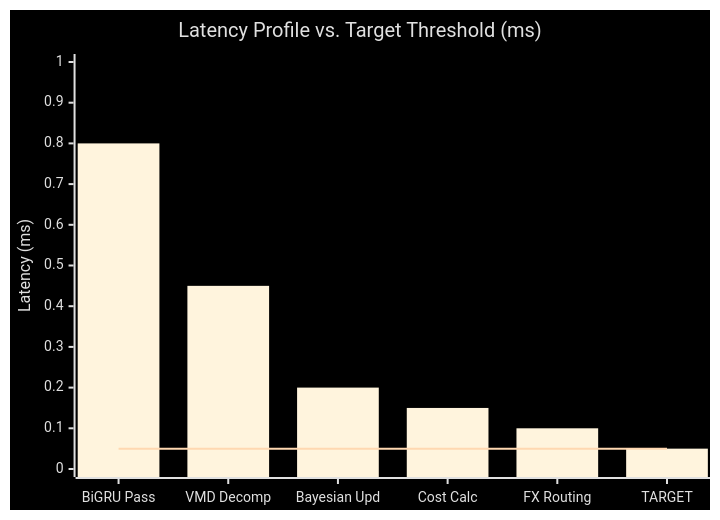
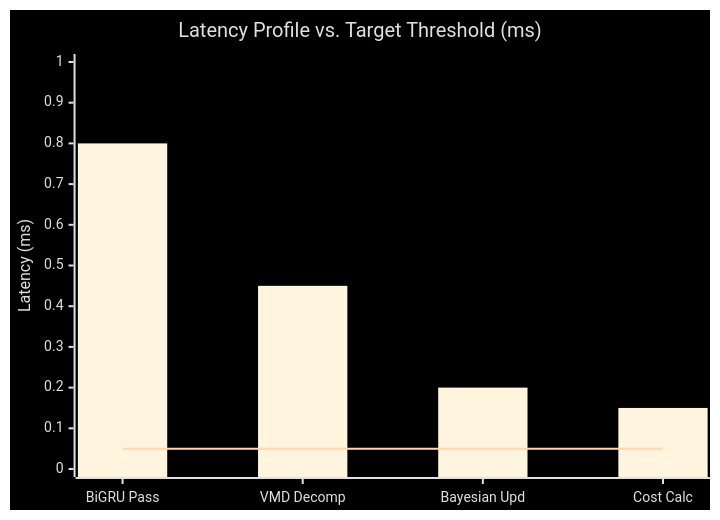
One commit to new-vector/Aegis changed the third of 5 diagrams in README.md. Above: the diagram before and after it, drawn with Mermaid. The commit also changed other lines of this file, not shown here.

````diff
--- a/README.md
+++ b/README.md
@@ -142,9 +128,9 @@
 ```mermaid
 %%{init: {"theme": "base", "themeVariables": {"primaryColor": "#1a1a1a", "primaryTextColor": "#e0e0e0", "primaryBorderColor": "#555555", "lineColor": "#777777", "background": "#000000"}} }%%
 xychart-beta
     title "Latency Profile vs. Target Threshold (ms)"
-    x-axis ["BiGRU Pass", "VMD Decomp", "Bayesian Upd", "Cost Calc", "FX Routing", "TARGET"]
+    x-axis ["BiGRU Pass", "VMD Decomp", "Bayesian Upd", "Cost Calc"]
     y-axis "Latency (ms)" 0 --> 1.0
-    bar [0.80, 0.45, 0.20, 0.15, 0.10, 0.05]
-    line [0.05, 0.05, 0.05, 0.05, 0.05, 0.05]
+    bar [0.80, 0.45, 0.20, 0.15]
+    line [0.05, 0.05, 0.05, 0.05]
 ```
````
